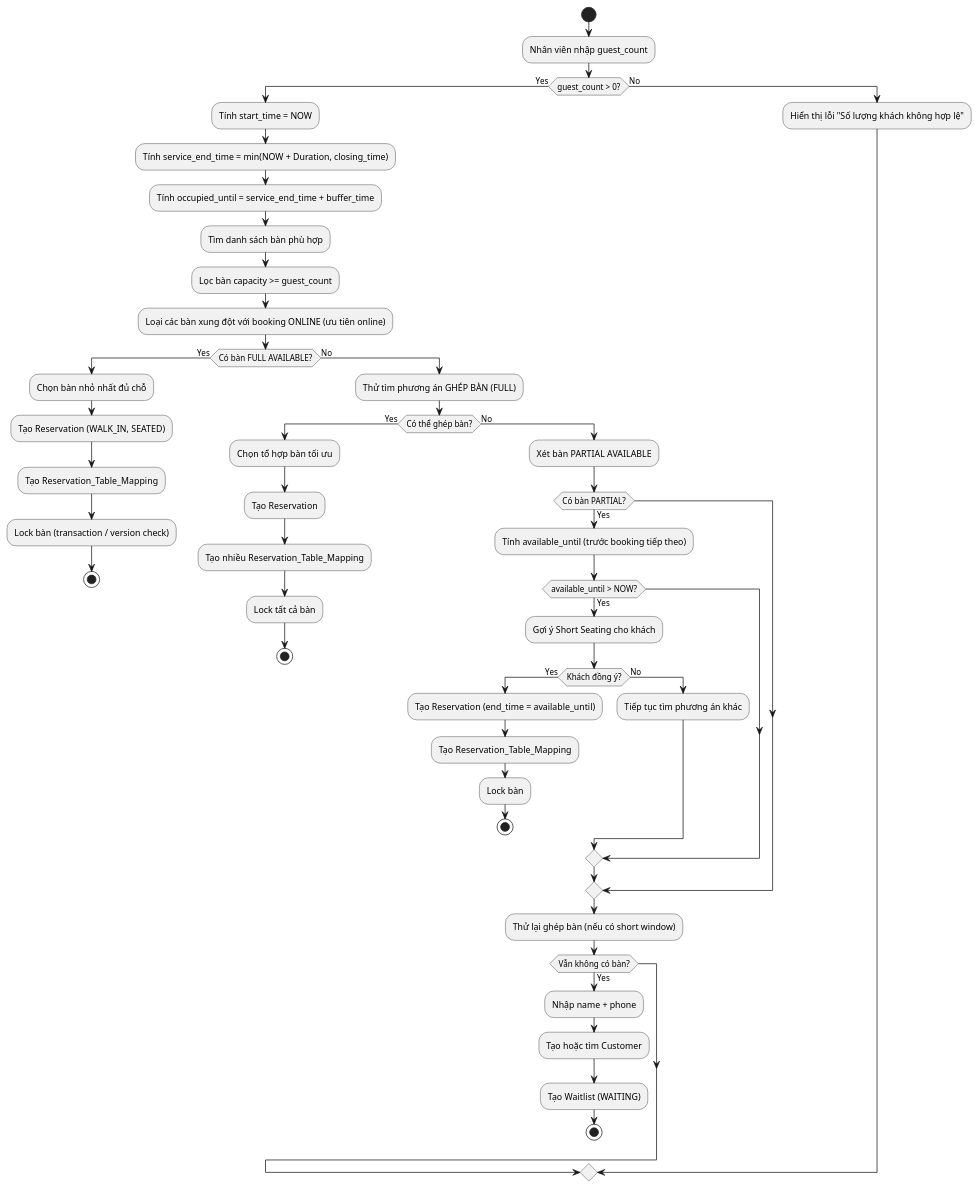
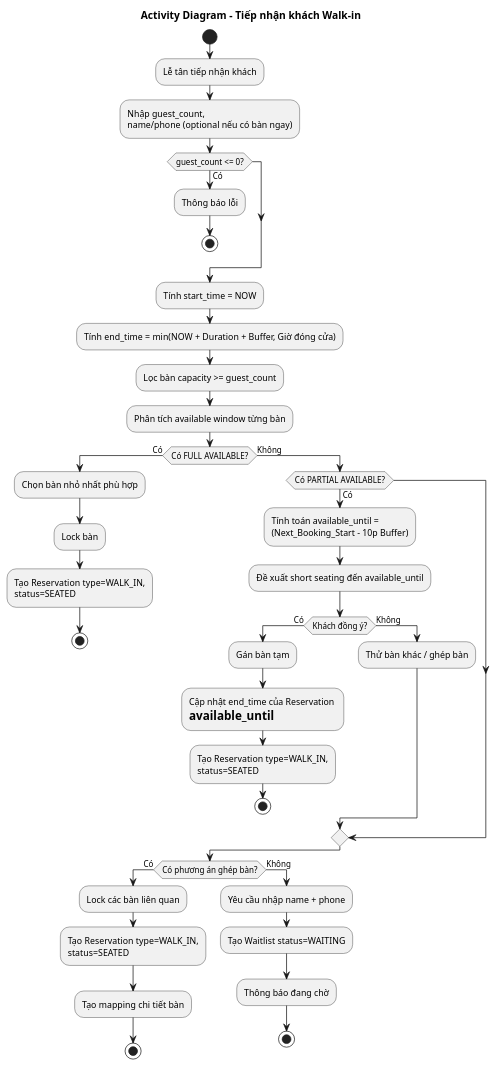
One commit to QuangLam0208/restaurant-reservation-system changed the diagram in docs/uml/activity-walk-in.puml. Above: the diagram before and after it, drawn with PlantUML.

Commit message:
Revert "fix uml activity walk in"

```diff
--- a/docs/uml/activity-walk-in.puml
+++ b/docs/uml/activity-walk-in.puml
@@ -1,75 +1,49 @@
 @startuml
+title Activity Diagram - Tiếp nhận khách Walk-in
+
 start
+:Lễ tân tiếp nhận khách;
+:Nhập guest_count,\nname/phone (optional nếu có bàn ngay);
 
-:Nhân viên nhập guest_count;
-
-if (guest_count > 0?) then (Yes)
-
-  :Tính start_time = NOW;
-  :Tính service_end_time = min(NOW + Duration, closing_time);
-  :Tính occupied_until = service_end_time + buffer_time;
-
-  :Tìm danh sách bàn phù hợp;
-  :Lọc bàn capacity >= guest_count;
-  :Loại các bàn xung đột với booking ONLINE (ưu tiên online);
-
-  if (Có bàn FULL AVAILABLE?) then (Yes)
-    :Chọn bàn nhỏ nhất đủ chỗ;
-    :Tạo Reservation (WALK_IN, SEATED);
-    :Tạo Reservation_Table_Mapping;
-    :Lock bàn (transaction / version check);
-    stop
-
-  else (No)
-
-    :Thử tìm phương án GHÉP BÀN (FULL);
-
-    if (Có thể ghép bàn?) then (Yes)
-      :Chọn tổ hợp bàn tối ưu;
-      :Tạo Reservation;
-      :Tạo nhiều Reservation_Table_Mapping;
-      :Lock tất cả bàn;
-      stop
-
-    else (No)
-
-      :Xét bàn PARTIAL AVAILABLE;
-
-      if (Có bàn PARTIAL?) then (Yes)
-
-        :Tính available_until (trước booking tiếp theo);
-
-        if (available_until > NOW?) then (Yes)
-          :Gợi ý Short Seating cho khách;
-
-          if (Khách đồng ý?) then (Yes)
-            :Tạo Reservation (end_time = available_until);
-            :Tạo Reservation_Table_Mapping;
-            :Lock bàn;
-            stop
-          else (No)
-            :Tiếp tục tìm phương án khác;
-          endif
-
-        endif
-
-      endif
-
-      :Thử lại ghép bàn (nếu có short window);
-
-      if (Vẫn không có bàn?) then (Yes)
-        :Nhập name + phone;
-        :Tạo hoặc tìm Customer;
-        :Tạo Waitlist (WAITING);
-        stop
-      endif
-
-    endif
-
-  endif
-
-else (No)
-  :Hiển thị lỗi "Số lượng khách không hợp lệ";
+if (guest_count <= 0?) then (Có)
+  :Thông báo lỗi;
+  stop
 endif
 
+:Tính start_time = NOW;
+:Tính end_time = min(NOW + Duration + Buffer, Giờ đóng cửa);
+:Lọc bàn capacity >= guest_count;
+:Phân tích available window từng bàn;
+
+if (Có FULL AVAILABLE?) then (Có)
+  :Chọn bàn nhỏ nhất phù hợp;
+  :Lock bàn;
+  :Tạo Reservation type=WALK_IN,\nstatus=SEATED;
+  stop
+else (Không)
+  if (Có PARTIAL AVAILABLE?) then (Có)
+    :Tính toán available_until = \n(Next_Booking_Start - 10p Buffer);
+    :Đề xuất short seating đến available_until;
+    if (Khách đồng ý?) then (Có)
+      :Gán bàn tạm;
+      :Cập nhật end_time của Reservation \n= available_until;
+      :Tạo Reservation type=WALK_IN,\nstatus=SEATED;
+      stop
+    else (Không)
+      :Thử bàn khác / ghép bàn;
+    endif
+  endif
+endif
+
+if (Có phương án ghép bàn?) then (Có)
+  :Lock các bàn liên quan;
+  :Tạo Reservation type=WALK_IN,\nstatus=SEATED;
+  :Tạo mapping chi tiết bàn;
+  stop
+else (Không)
+  :Yêu cầu nhập name + phone;
+  :Tạo Waitlist status=WAITING;
+  :Thông báo đang chờ;
+  stop
+endif
 @enduml
```
